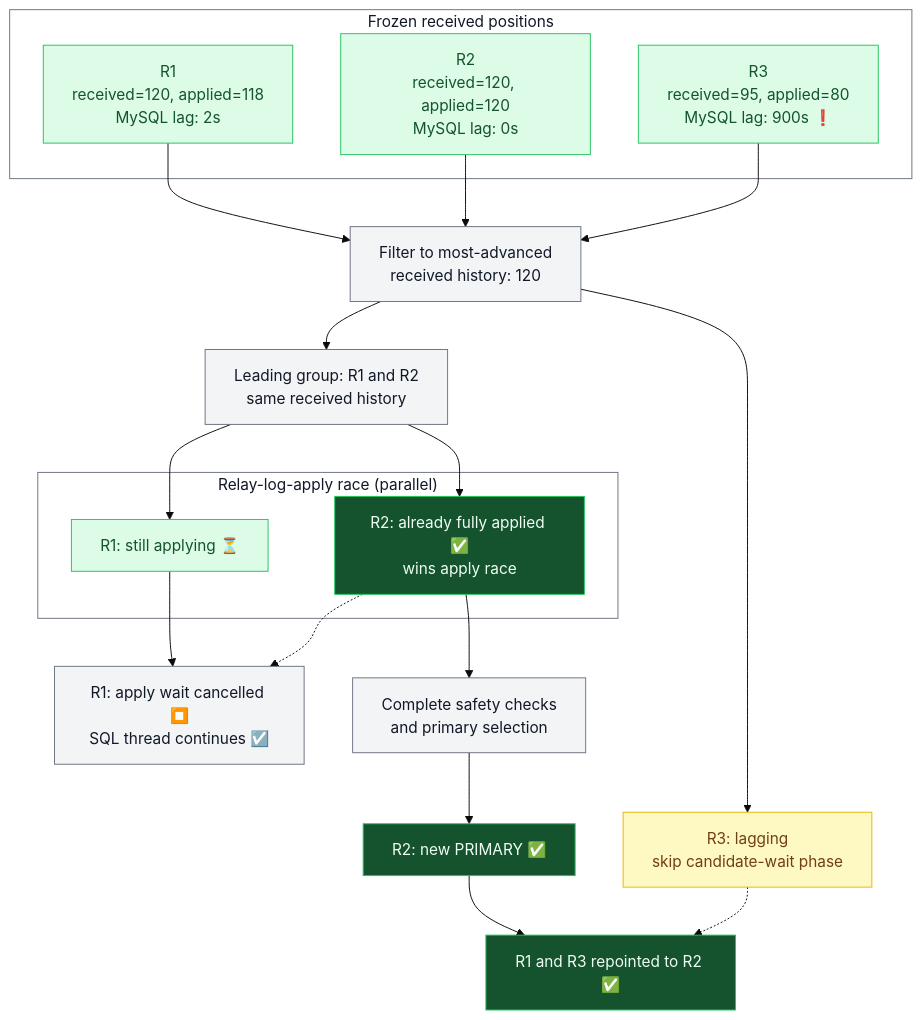
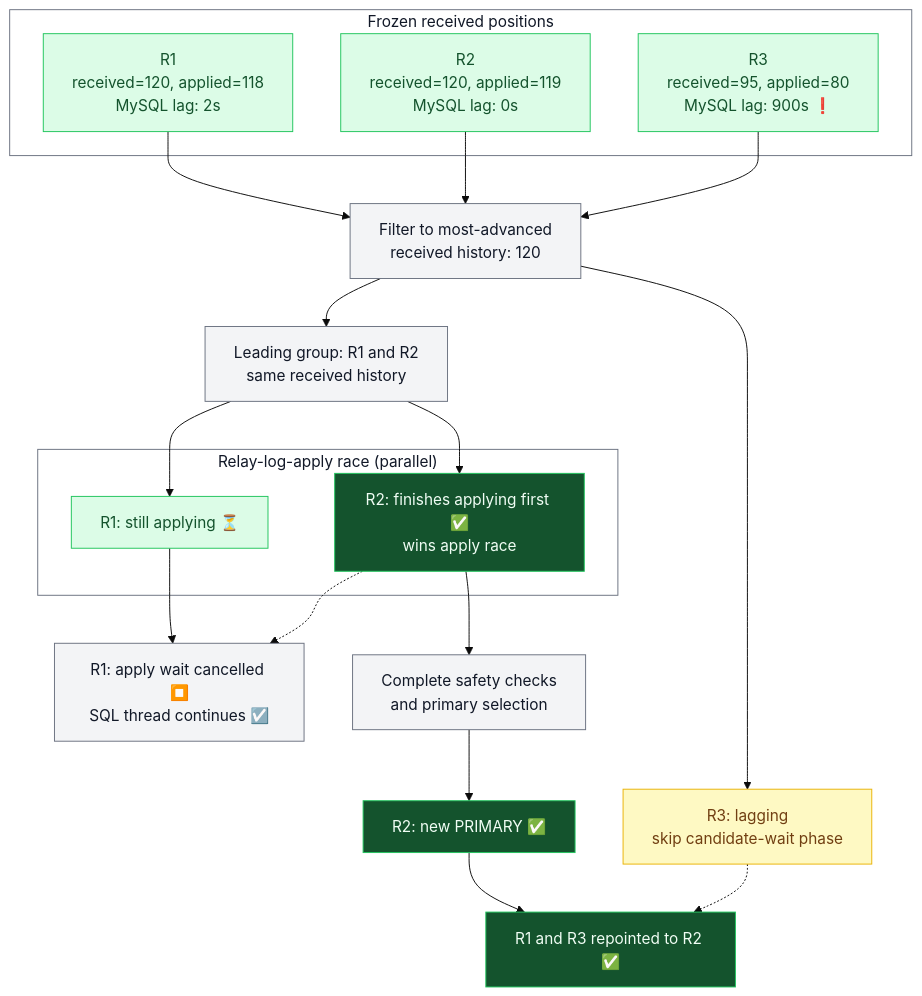
One commit to vitessio/website changed the third of 3 diagrams in content/en/blog/2026-09-24-hardening-emergency-reparent-shard.md. Above: the diagram before and after it, drawn with Mermaid (base theme). The commit also changed other lines of this file, not shown here.

Commit message:
Show active relay-log apply race

````diff
--- a/content/en/blog/2026-09-24-hardening-emergency-reparent-shard.md
+++ b/content/en/blog/2026-09-24-hardening-emergency-reparent-shard.md
@@ -102,38 +102,38 @@
 ```mermaid
 graph TD
     subgraph Positions["Frozen received positions"]
         R1["R1<br/>received=120, applied=118<br/>MySQL lag: 2s"]
-        R2["R2<br/>received=120, applied=120<br/>MySQL lag: 0s"]
+        R2["R2<br/>received=120, applied=119<br/>MySQL lag: 0s"]
         R3["R3<br/>received=95, applied=80<br/>MySQL lag: 900s ❗"]
     end
 
     R1 --> Filter["Filter to most-advanced<br/>received history: 120"]
     R2 --> Filter
     R3 --> Filter
     Filter --> Leading["Leading group: R1 and R2<br/>same received history"]
     Filter --> Skipped["R3: lagging<br/>skip candidate-wait phase"]
 
     Leading --> ApplyR1
     Leading --> ApplyR2
     subgraph Race["Relay-log-apply race (parallel)"]
         ApplyR1["R1: still applying ⏳"]
-        ApplyR2["R2: already fully applied ✅<br/>wins apply race"]
+        ApplyR2["R2: finishes applying first ✅<br/>wins apply race"]
     end
 
     ApplyR1 --> Cancelled["R1: apply wait cancelled ⏹️<br/>SQL thread continues ☑️"]
     ApplyR2 -.-> Cancelled
     ApplyR2 --> Checks["Complete safety checks<br/>and primary selection"]
     Checks --> Primary["R2: new PRIMARY ✅"]
     Primary --> Repoint["R1 and R3 repointed to R2 ✅"]
     Skipped -.-> Repoint
 
     classDef default fill:#f3f4f6,stroke:#6b7280,color:#111827
     classDef healthy fill:#dcfce7,stroke:#22c55e,color:#14532d
     classDef warning fill:#fef9c3,stroke:#eab308,color:#713f12
     classDef completed fill:#14532d,stroke:#22c55e,color:#f0fdf4
     class R1,R2,R3,ApplyR1 healthy
     class Skipped warning
     class ApplyR2,Primary,Repoint completed
     style Positions fill:#ffffff,stroke:#6b7280,color:#111827
     style Race fill:#ffffff,stroke:#6b7280,color:#111827
 ```
````
